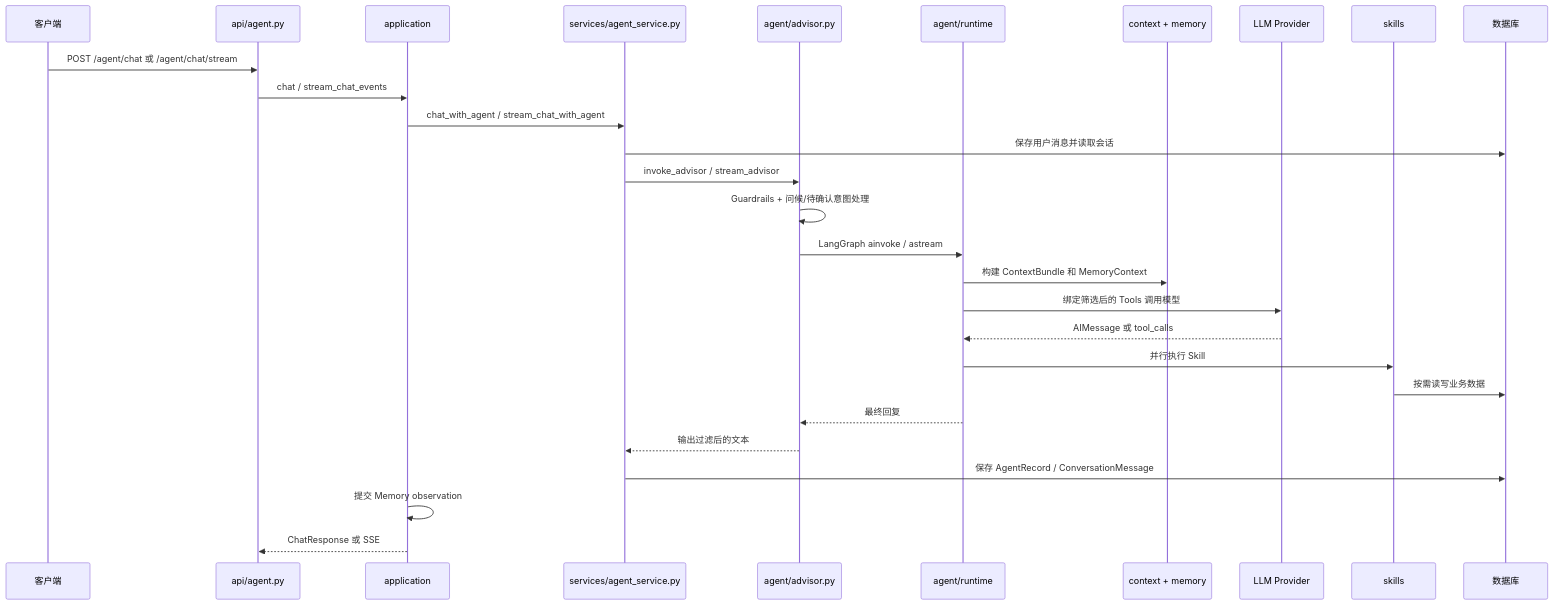
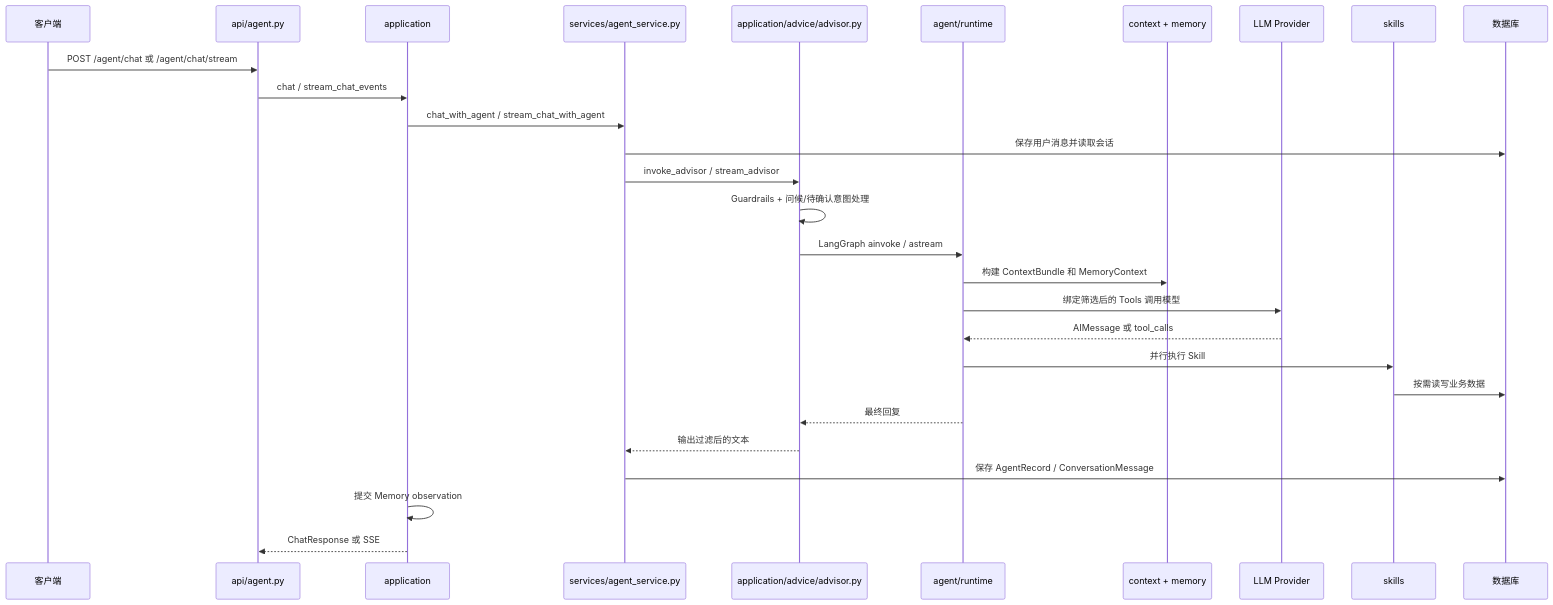
The second of 8 diagrams in docs/architecture/backend-architecture.md (ArtLjn/agriagent-os), drawn with Mermaid before and after one commit. The commit also changed other lines of this file and 37 other files, not shown here.

````diff
--- a/docs/architecture/backend-architecture.md
+++ b/docs/architecture/backend-architecture.md
@@ -63,31 +63,31 @@
 ```mermaid
 sequenceDiagram
     participant C as 客户端
     participant API as api/agent.py
     participant UC as application
     participant SVC as services/agent_service.py
-    participant ADV as agent/advisor.py
+    participant ADV as application/advice/advisor.py
     participant RT as agent/runtime
     participant CTX as context + memory
     participant LLM as LLM Provider
     participant SK as skills
     participant DB as 数据库
 
     C->>API: POST /agent/chat 或 /agent/chat/stream
     API->>UC: chat / stream_chat_events
     UC->>SVC: chat_with_agent / stream_chat_with_agent
     SVC->>DB: 保存用户消息并读取会话
     SVC->>ADV: invoke_advisor / stream_advisor
     ADV->>ADV: Guardrails + 问候/待确认意图处理
     ADV->>RT: LangGraph ainvoke / astream
     RT->>CTX: 构建 ContextBundle 和 MemoryContext
     RT->>LLM: 绑定筛选后的 Tools 调用模型
     LLM-->>RT: AIMessage 或 tool_calls
     RT->>SK: 并行执行 Skill
     SK->>DB: 按需读写业务数据
     RT-->>ADV: 最终回复
     ADV-->>SVC: 输出过滤后的文本
     SVC->>DB: 保存 AgentRecord / ConversationMessage
     UC->>UC: 提交 Memory observation
     UC-->>API: ChatResponse 或 SSE
 ```
````
